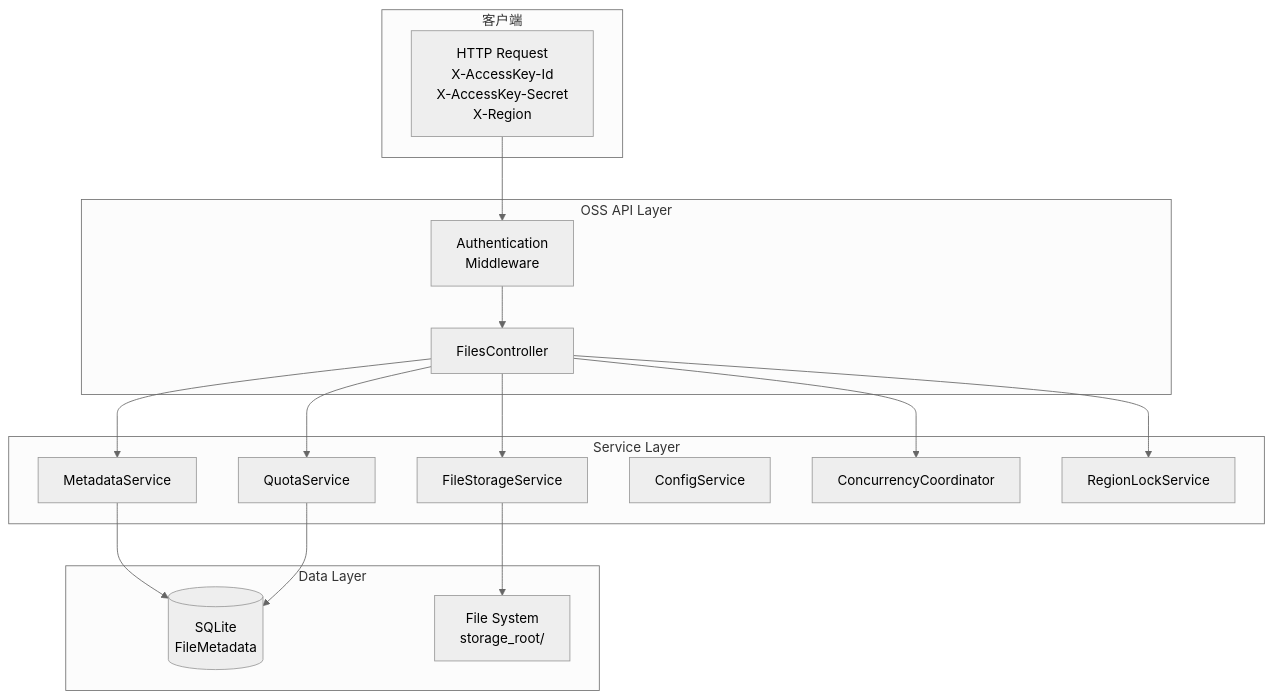
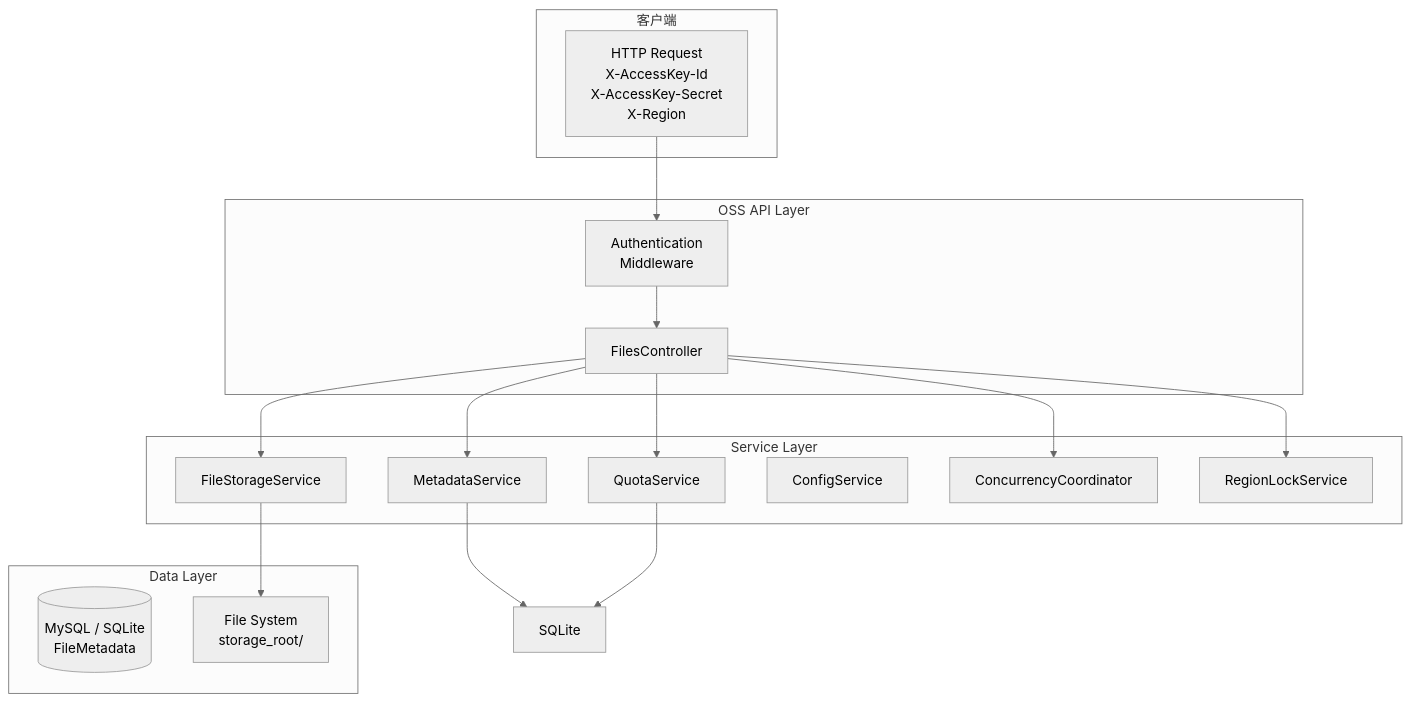
Before and after one commit to leiddev/LittleOSS: the diagram in README.md, drawn with Mermaid (neutral theme). The commit also changed other lines of this file, not shown here.

First line of the commit message:
docs: update documentation for MySQL database support

````diff
--- a/README.md
+++ b/README.md
@@ -206,36 +219,36 @@
 ```mermaid
 flowchart TB
     subgraph Client["客户端"]
         HTTP[HTTP Request<br/>X-AccessKey-Id<br/>X-AccessKey-Secret<br/>X-Region]
     end
 
     subgraph Api["OSS API Layer"]
         Auth[Authentication<br/>Middleware]
         Ctrl[FilesController]
     end
 
     subgraph Services["Service Layer"]
         Storage[FileStorageService]
         Meta[MetadataService]
         Quota[QuotaService]
         Config[ConfigService]
         Concurrency[ConcurrencyCoordinator]
         RegionLock[RegionLockService]
     end
 
     subgraph Data["Data Layer"]
-        SQLite[(SQLite<br/>FileMetadata)]
+        Database[(MySQL / SQLite<br/>FileMetadata)]
         FileSystem[File System<br/>storage_root/]
     end
 
     HTTP --> Auth
     Auth --> Ctrl
     Ctrl --> Storage
     Ctrl --> Meta
     Ctrl --> Quota
     Ctrl --> Concurrency
     Ctrl --> RegionLock
     Storage --> FileSystem
     Meta --> SQLite
     Quota --> SQLite
 ```
````
